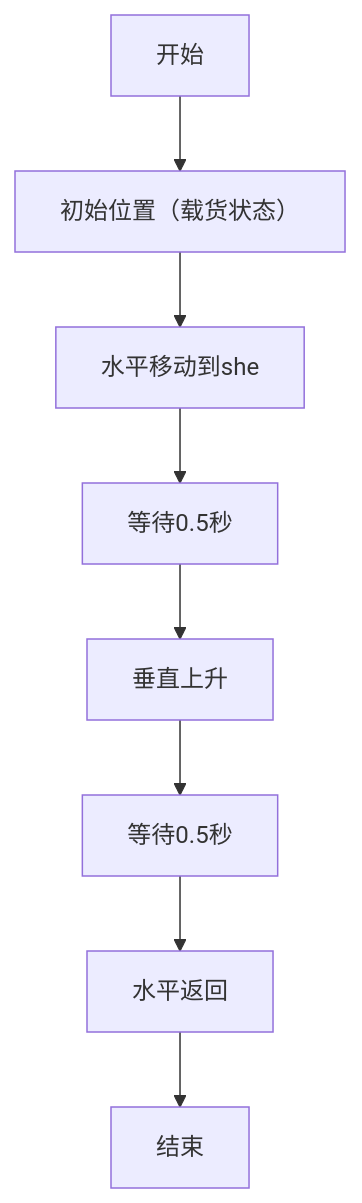
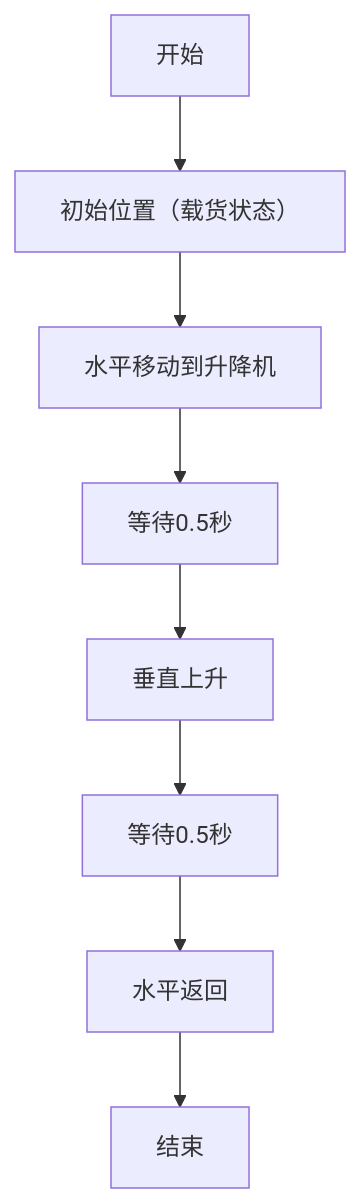
The diagram in all/未命名-1.md (Mrmilu212/iodraw-files), drawn with Mermaid before and after one commit.

Commit message:
2025-05-20 14:50:11 update

````diff
--- a/all/未命名-1.md
+++ b/all/未命名-1.md
@@ -1,10 +1,10 @@
 ```mermaid
 graph TD
     A[开始] --> B[初始位置（载货状态）]
-    B --> C[水平移动到she]
+    B --> C[水平移动到升降机]
     C --> D[等待0.5秒]
     D --> E[垂直上升]
     E --> F[等待0.5秒]
     F --> G[水平返回]
     G --> H[结束]
 ```
````
